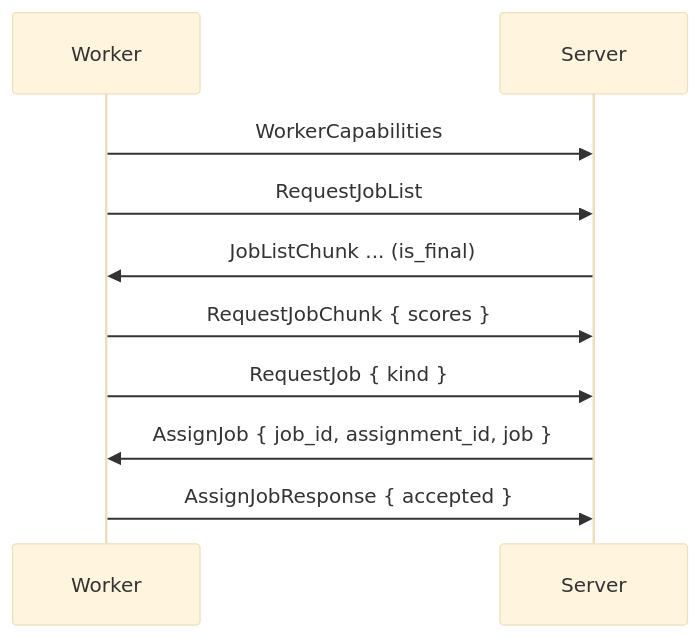
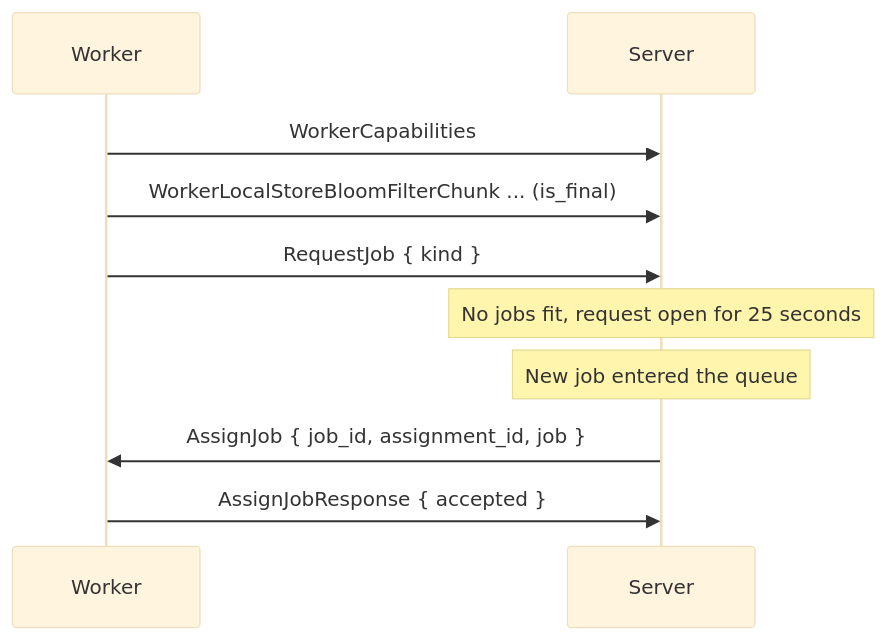
One commit to wavelens/gradient changed the diagram in docs/src/contributors/proto/capabilities-and-dispatch.md. Above: the diagram before and after it, drawn with Mermaid (base theme). The commit also changed other lines of this file and 17 other files, not shown here.

````diff
--- a/docs/src/contributors/proto/capabilities-and-dispatch.md
+++ b/docs/src/contributors/proto/capabilities-and-dispatch.md
@@ -10,12 +10,12 @@
 ```mermaid
 sequenceDiagram
     participant W as Worker
     participant S as Server
     W->>S: WorkerCapabilities
-    W->>S: RequestJobList
-    S->>W: JobListChunk ... (is_final)
-    W->>S: RequestJobChunk { scores }
+    W->>S: WorkerLocalStoreBloomFilterChunk ... (is_final)
     W->>S: RequestJob { kind }
+    Note over S: No jobs fit, request open for 25 seconds
+    Note over S: New job entered the queue
     S->>W: AssignJob { job_id, assignment_id, job }
     W->>S: AssignJobResponse { accepted }
 ```
````
